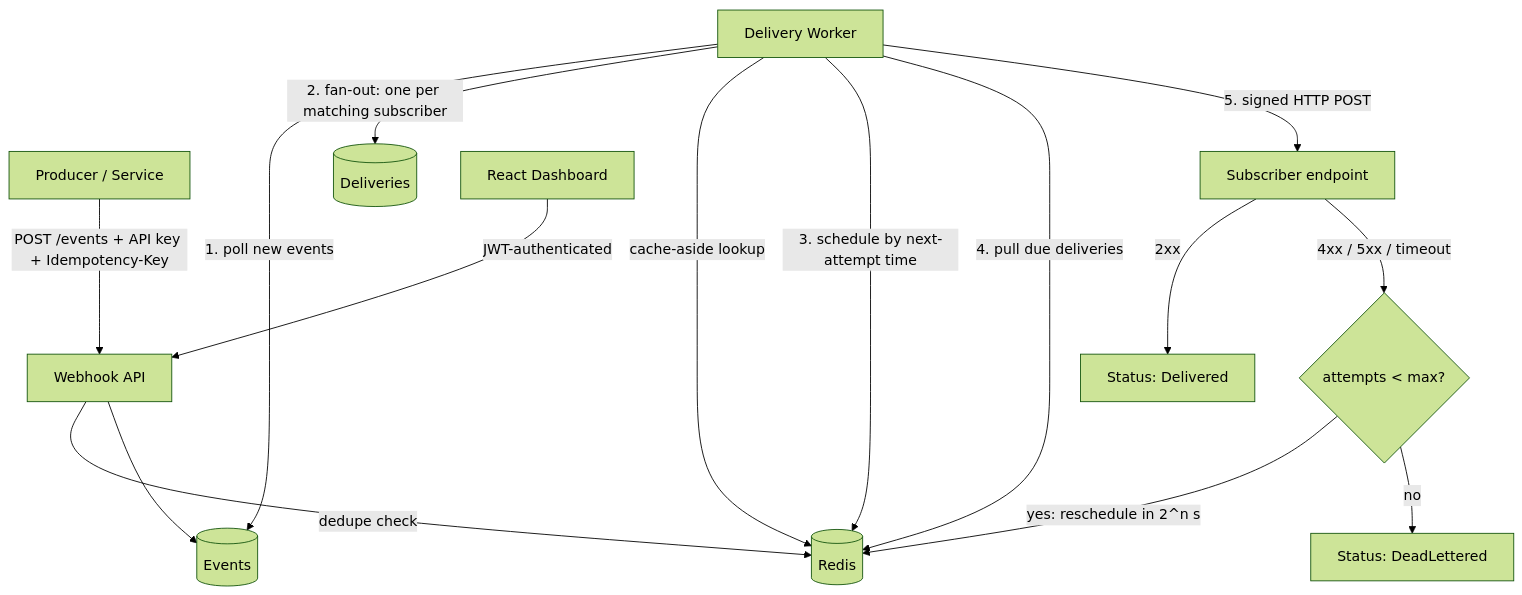
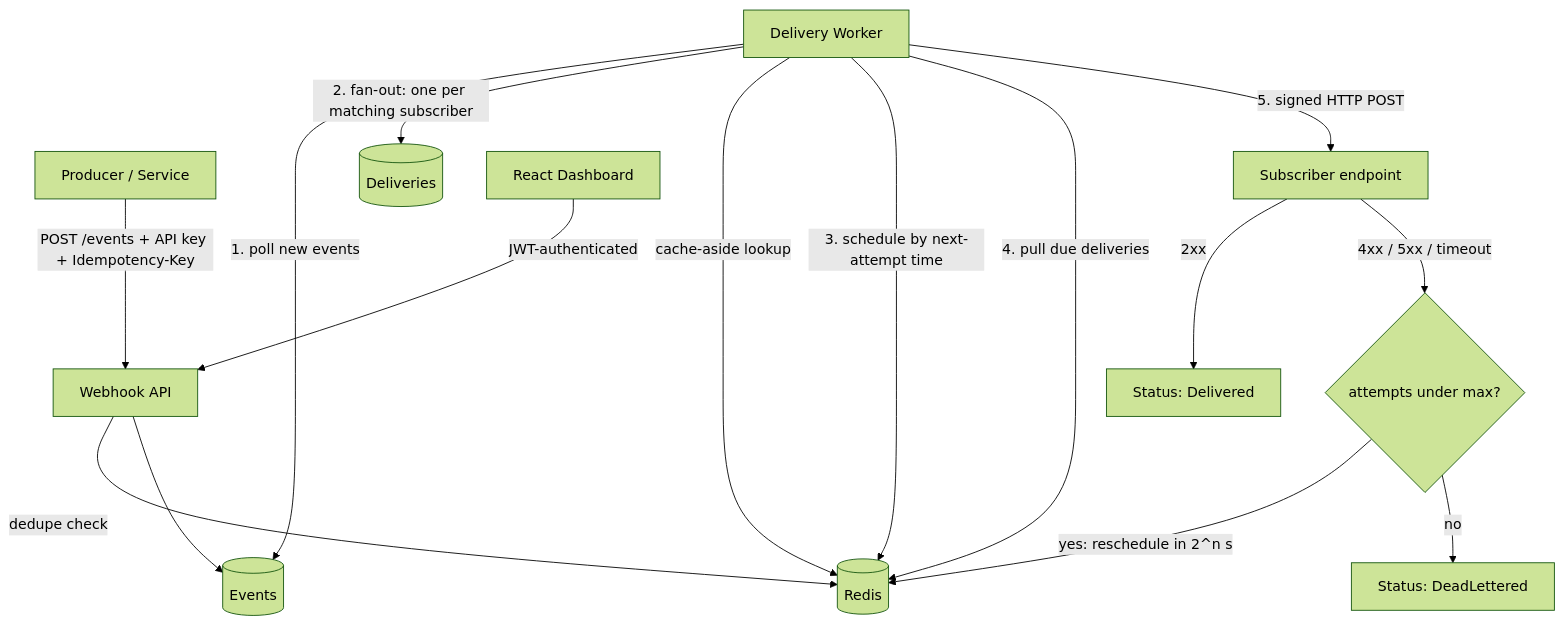
The diagram in README.md (hafsa-aarifeen/webhook-delivery-system), drawn with Mermaid (forest theme) before and after one commit.

Commit message:
Fix typo in Subscriber decision logic

````diff
--- a/README.md
+++ b/README.md
@@ -37,20 +37,20 @@
 ```mermaid
 flowchart TD
     Client[Producer / Service] -->|POST /events + API key + Idempotency-Key| API[Webhook API]
     API -->|dedupe check| Redis[(Redis)]
     API --> Events[(Events)]
 
     Worker[Delivery Worker] -->|1. poll new events| Events
     Worker -->|2. fan-out: one per matching subscriber| Deliveries[(Deliveries)]
     Worker -->|cache-aside lookup| Redis
     Worker -->|3. schedule by next-attempt time| Redis
     Worker -->|4. pull due deliveries| Redis
     Worker -->|5. signed HTTP POST| Subscriber[Subscriber endpoint]
 
     Subscriber -->|2xx| Delivered[Status: Delivered]
-    Subscriber -->|4xx / 5xx / timeout| Decision{attempts < max?}
+    Subscriber -->|4xx / 5xx / timeout| Decision{attempts under max?}
     Decision -->|yes: reschedule in 2^n s| Redis
     Decision -->|no| Dead[Status: DeadLettered]
 
     Dashboard[React Dashboard] -->|JWT-authenticated| API
 ```
````
